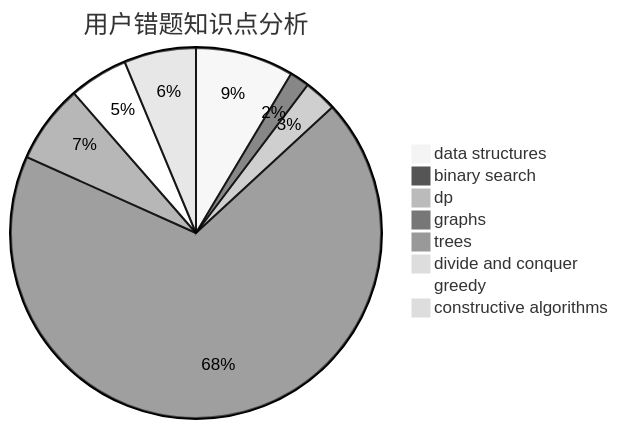
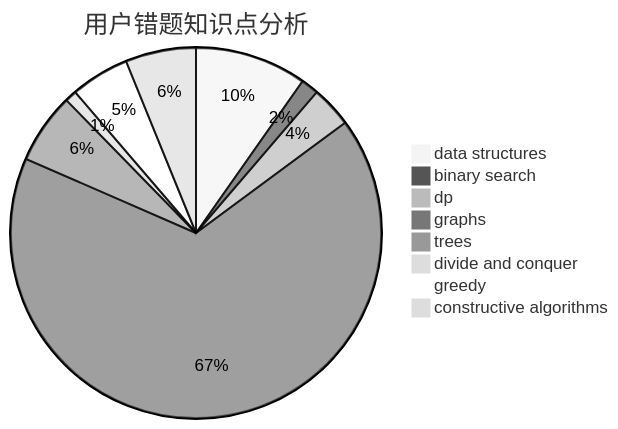
Before and after one commit to sherpahu/cfrs.github.io: the third of 3 diagrams in docs/user/u1685.md, drawn with Mermaid (neutral theme). The commit also changed other lines of this file and 2770 other files, not shown here.

````diff
--- a/docs/user/u1685.md
+++ b/docs/user/u1685.md
@@ -36,11 +36,11 @@
 ```mermaid
 pie title 用户错题知识点分析
-    "data structures" :  15
+    "data structures" :  19
     "binary search" :  3
-    "dp" :  5
-    "graphs" :  120
+    "dp" :  7
+    "graphs" :  130
     "trees" :  12
-    "divide and conquer" :  1
-    "greedy" :  9
-    "constructive algorithms" :  11
+    "divide and conquer" :  2
+    "greedy" :  10
+    "constructive algorithms" :  12
 ```
````
